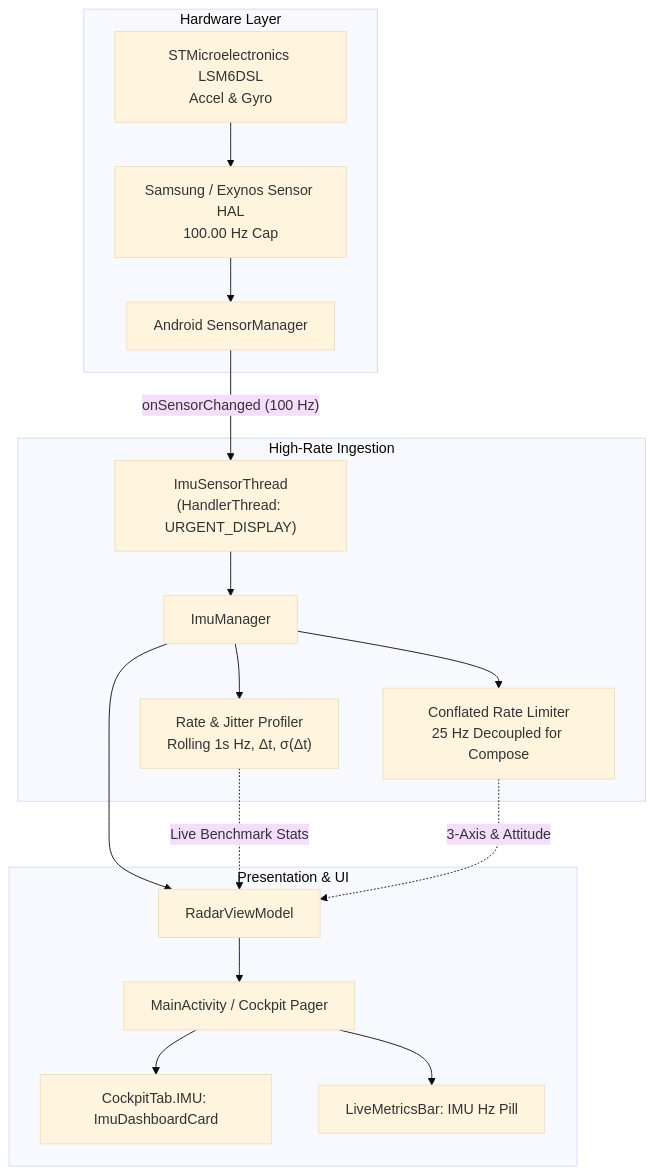
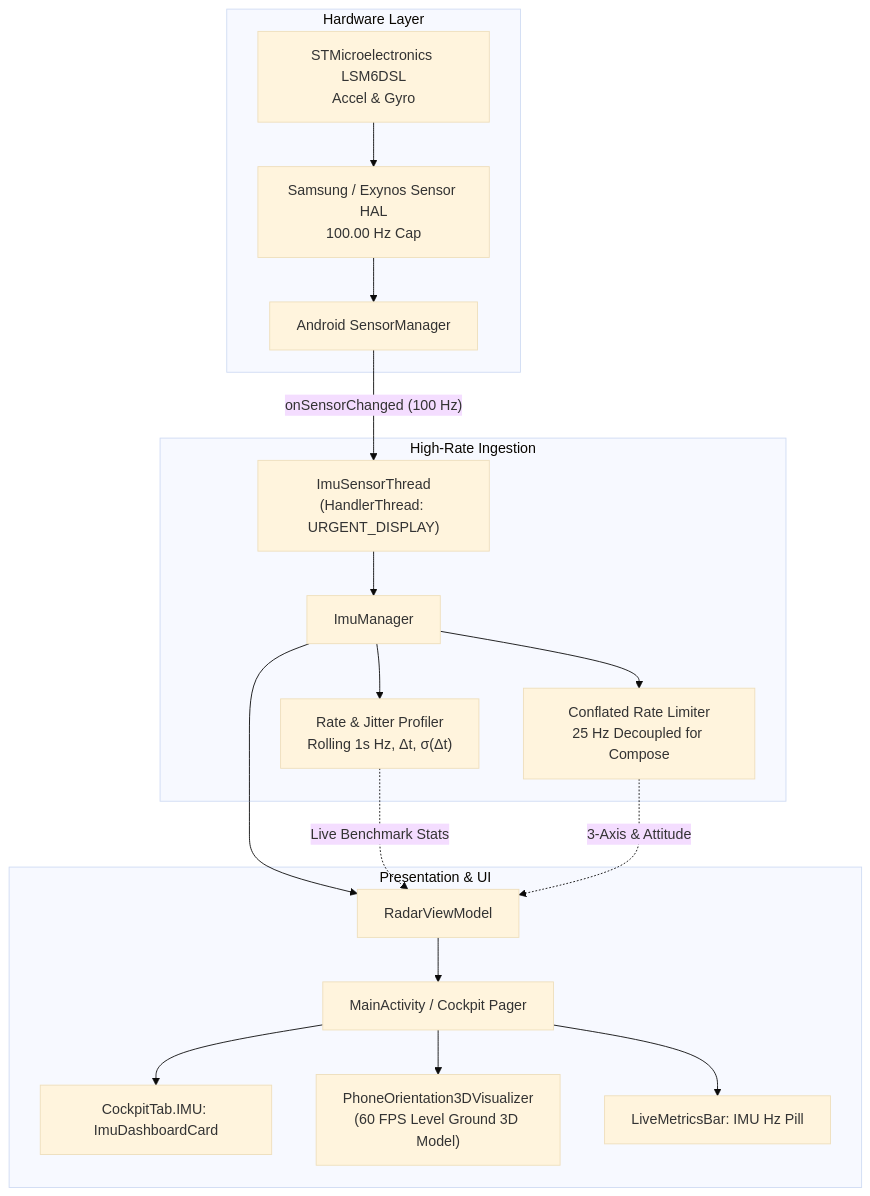
The diagram in intel/Implementations/Sensors/README.md (kadurushil/RoadSense_logger), drawn with Mermaid (base theme) before and after one commit. The commit also changed other lines of this file and 16 other files, not shown here.

First line of the commit message:
feat(imu): add 3D level ground visualizer, reverse landscape mounting, and sensor docs

````diff
--- a/intel/Implementations/Sensors/README.md
+++ b/intel/Implementations/Sensors/README.md
@@ -26,23 +25,24 @@
 ```mermaid
 graph TD
     subgraph Hardware Layer
         HW[STMicroelectronics LSM6DSL<br>Accel & Gyro] --> HAL[Samsung / Exynos Sensor HAL<br>100.00 Hz Cap]
         HAL --> SM[Android SensorManager]
     end
 
     subgraph High-Rate Ingestion
         SM -- "onSensorChanged (100 Hz)" --> HT["ImuSensorThread<br>(HandlerThread: URGENT_DISPLAY)"]
         HT --> IM[ImuManager]
         IM --> BENCH["Rate & Jitter Profiler<br>Rolling 1s Hz, Δt, σ(Δt)"]
         IM --> DOWNSAMPLE["Conflated Rate Limiter<br>25 Hz Decoupled for Compose"]
     end
 
     subgraph Presentation & UI
         IM --> VM[RadarViewModel]
         BENCH -.->|Live Benchmark Stats| VM
         DOWNSAMPLE -.->|3-Axis & Attitude| VM
         VM --> UI[MainActivity / Cockpit Pager]
         UI --> Tab[CockpitTab.IMU: ImuDashboardCard]
+        UI --> Vis3D["PhoneOrientation3DVisualizer<br>(60 FPS Level Ground 3D Model)"]
         UI --> Ticker[LiveMetricsBar: IMU Hz Pill]
     end
 ```
````
